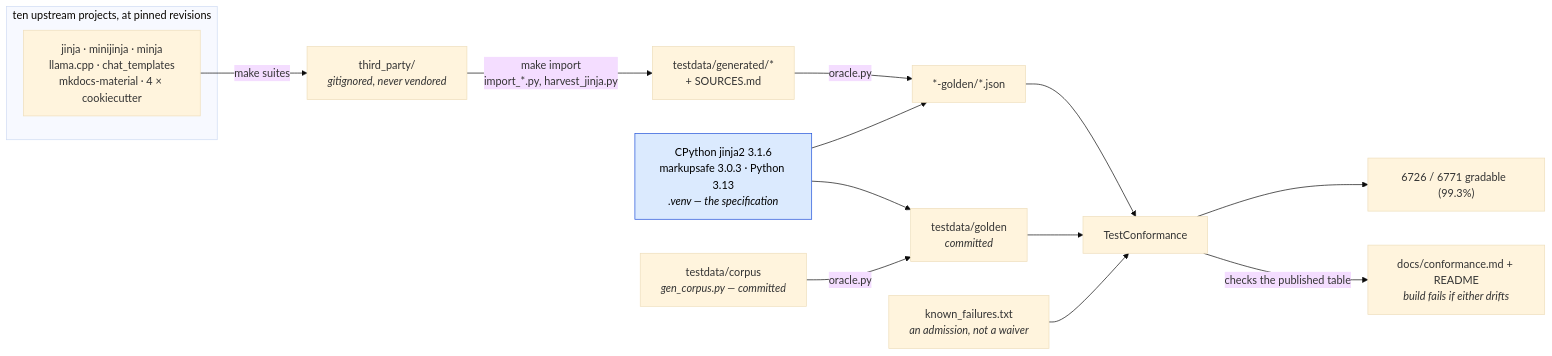
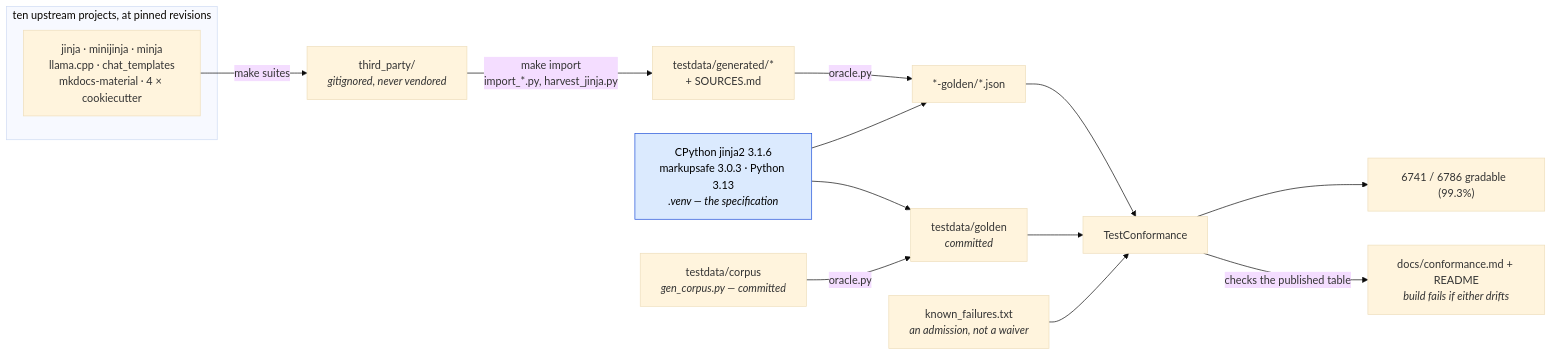
One commit to mgilbir/gojja2 changed the first of 2 diagrams in docs/conformance.md. Above: the diagram before and after it, drawn with Mermaid (base theme). The commit also changed other lines of this file and 54 other files, not shown here.

````diff
--- a/docs/conformance.md
+++ b/docs/conformance.md
@@ -17,24 +17,24 @@
 ```mermaid
 flowchart LR
     subgraph up["ten upstream projects, at pinned revisions"]
         U1["jinja · minijinja · minja<br/>llama.cpp · chat_templates<br/>mkdocs-material · 4 × cookiecutter"]
     end
     U1 -->|"make suites"| TP["third_party/<br/><i>gitignored, never vendored</i>"]
     TP -->|"make import<br/>import_*.py, harvest_jinja.py"| GEN["testdata/generated/*<br/>+ SOURCES.md"]
 
     ORA["CPython jinja2 3.1.6<br/>markupsafe 3.0.3 · Python 3.13<br/><i>.venv — the specification</i>"]
     GEN -->|"oracle.py"| G2["*-golden/*.json"]
     ORA --> G2
 
     OWN["testdata/corpus<br/><i>gen_corpus.py — committed</i>"] -->|"oracle.py"| G1["testdata/golden<br/><i>committed</i>"]
     ORA --> G1
 
     G1 --> TC["TestConformance"]
     G2 --> TC
     KF["known_failures.txt<br/><i>an admission, not a waiver</i>"] --> TC
-    TC --> RATE["6726 / 6771 gradable  (99.3%)"]
+    TC --> RATE["6741 / 6786 gradable  (99.3%)"]
     TC -->|"checks the published table"| RM["docs/conformance.md + README<br/><i>build fails if either drifts</i>"]
 
     classDef spec fill:#dbeafe,stroke:#1d4ed8,color:#000
     class ORA spec
 ```
````
